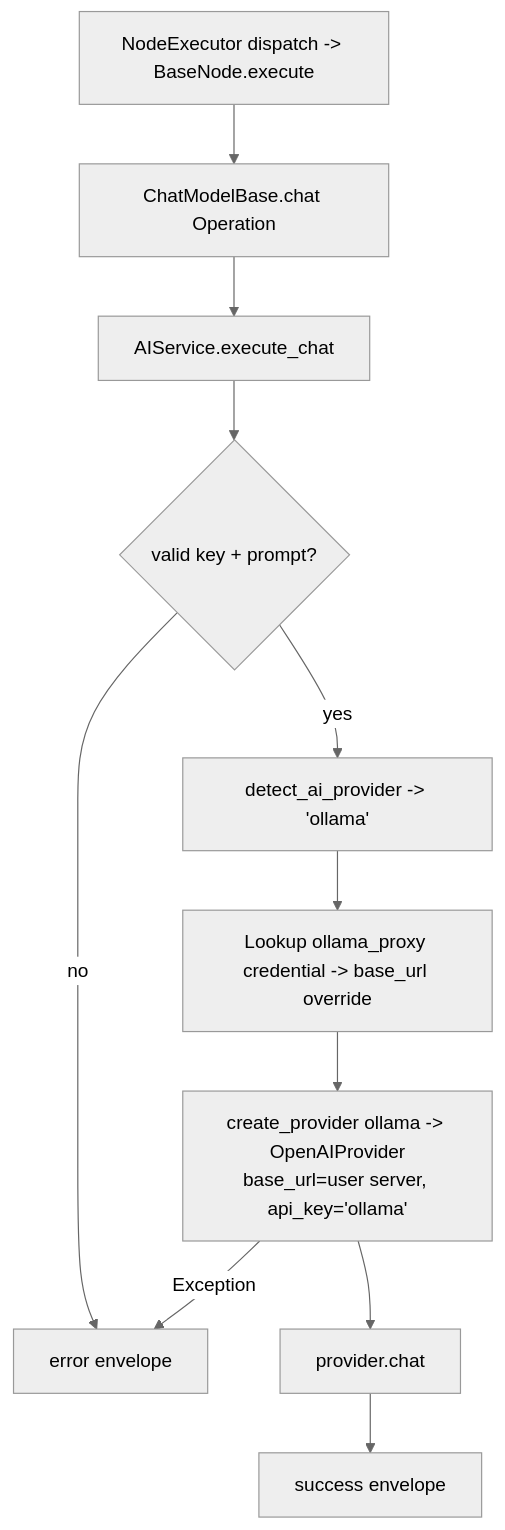
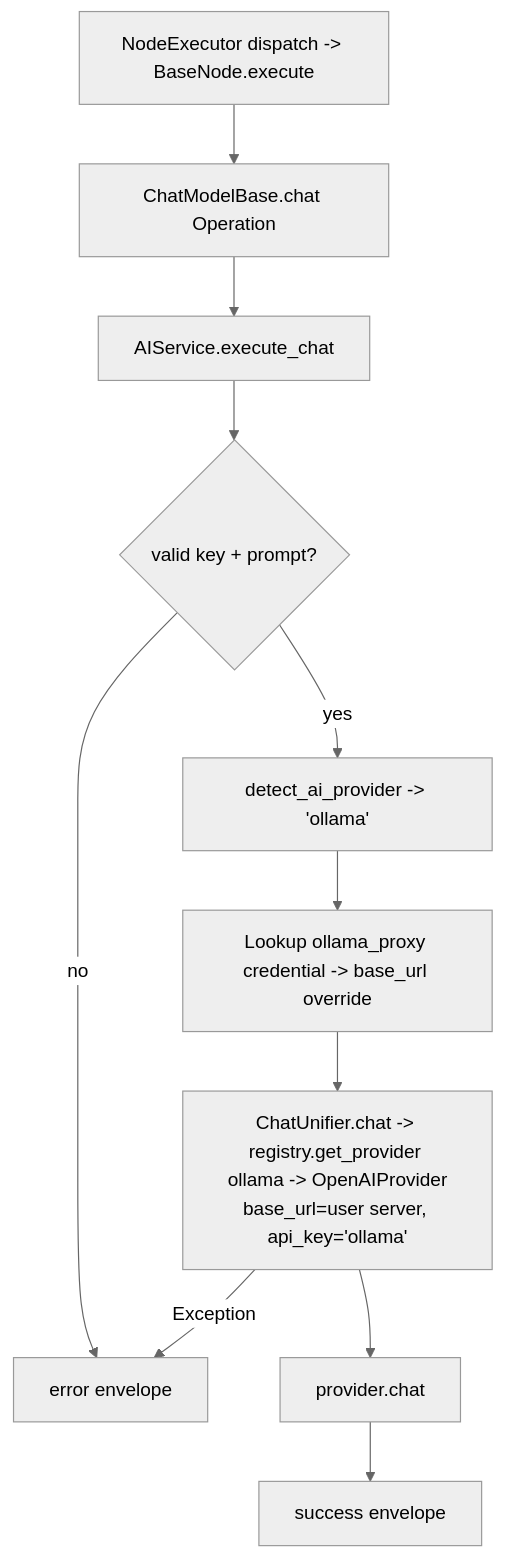
Before and after one commit to zeenie-ai/OpenCompany: the diagram in docs-internal/node-logic-flows/ai_chat_models/ollamaChatModel.md, drawn with Mermaid (neutral theme). The commit also changed other lines of this file and 39 other files, not shown here.

````diff
--- a/docs-internal/node-logic-flows/ai_chat_models/ollamaChatModel.md
+++ b/docs-internal/node-logic-flows/ai_chat_models/ollamaChatModel.md
@@ -61,13 +61,13 @@
 ```mermaid
 flowchart TD
   A[NodeExecutor dispatch -> BaseNode.execute] --> B[ChatModelBase.chat Operation]
   B --> C[AIService.execute_chat]
   C --> D{valid key + prompt?}
   D -- no --> X[error envelope]
   D -- yes --> E[detect_ai_provider -> 'ollama']
   E --> F[Lookup ollama_proxy credential -> base_url override]
-  F --> G[create_provider ollama -> OpenAIProvider<br/>base_url=user server, api_key='ollama']
+  F --> G[ChatUnifier.chat -> registry.get_provider ollama -> OpenAIProvider<br/>base_url=user server, api_key='ollama']
   G --> H[provider.chat]
   H --> I[success envelope]
   G -- Exception --> X
 ```
````
